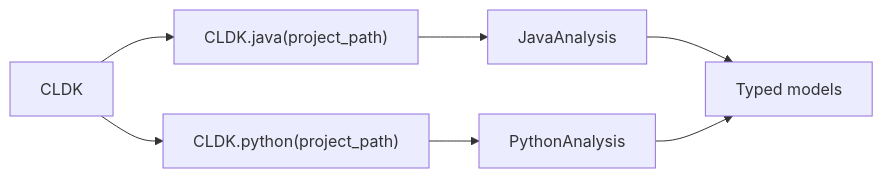
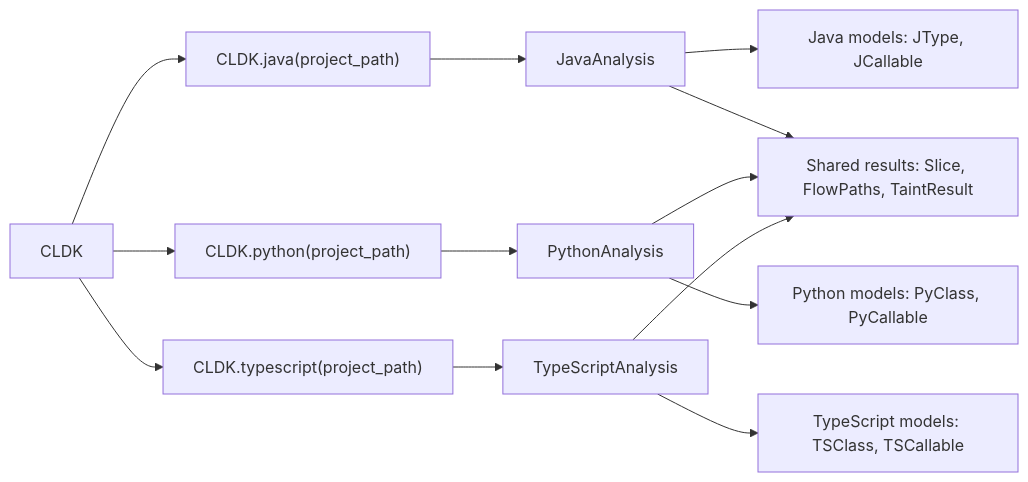
One commit to codellm-devkit/docs changed the diagram in src/content/docs/reference/python-api/index.md. Above: the diagram before and after it, drawn with Mermaid. The commit also changed other lines of this file and 6 other files, not shown here.

````diff
--- a/src/content/docs/reference/python-api/index.md
+++ b/src/content/docs/reference/python-api/index.md
@@ -12,8 +62,13 @@
 ```mermaid
 flowchart LR
     C["CLDK"] --> JF["CLDK.java(project_path)"]
     C --> PF["CLDK.python(project_path)"]
-    JF --> J[JavaAnalysis]
-    PF --> P[PythonAnalysis]
-    J & P --> M[Typed models]
+    C --> TF["CLDK.typescript(project_path)"]
+    JF --> J["JavaAnalysis"]
+    PF --> P["PythonAnalysis"]
+    TF --> T["TypeScriptAnalysis"]
+    J --> JM["Java models: JType, JCallable"]
+    P --> PM["Python models: PyClass, PyCallable"]
+    T --> TM["TypeScript models: TSClass, TSCallable"]
+    J & P & T --> R["Shared results: Slice, FlowPaths, TaintResult"]
 ```
````
